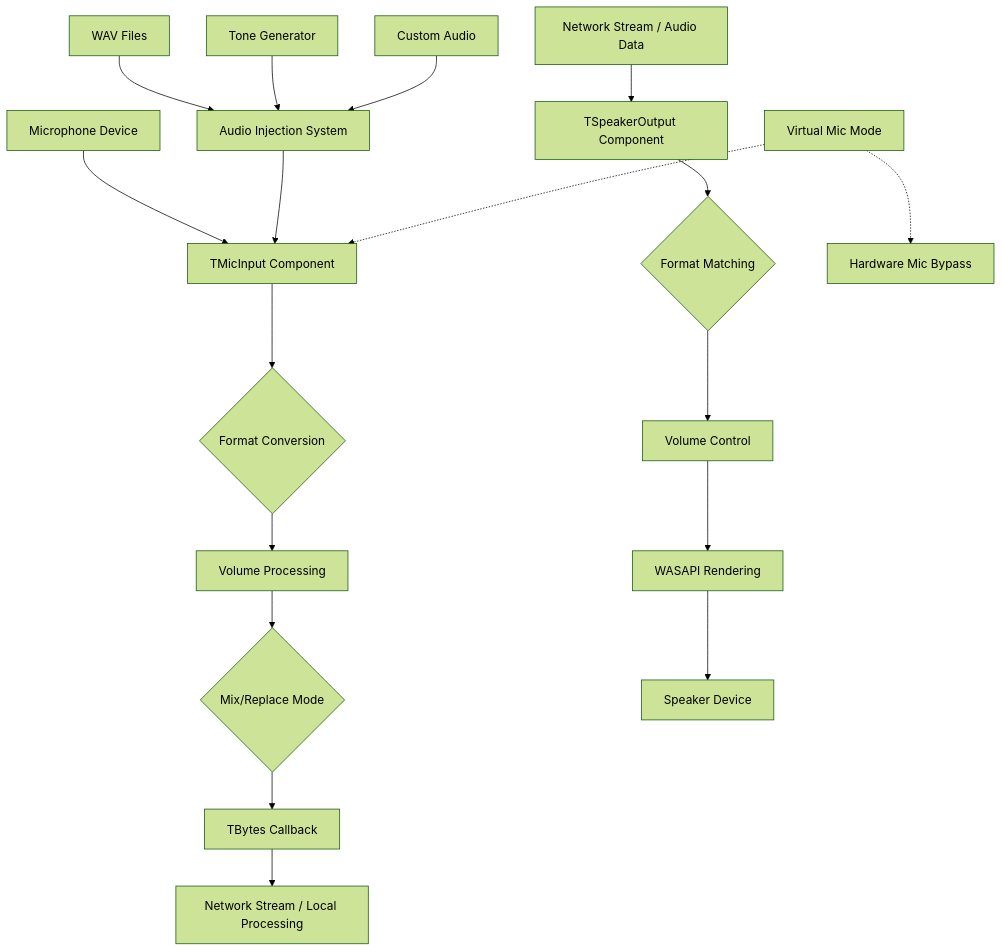
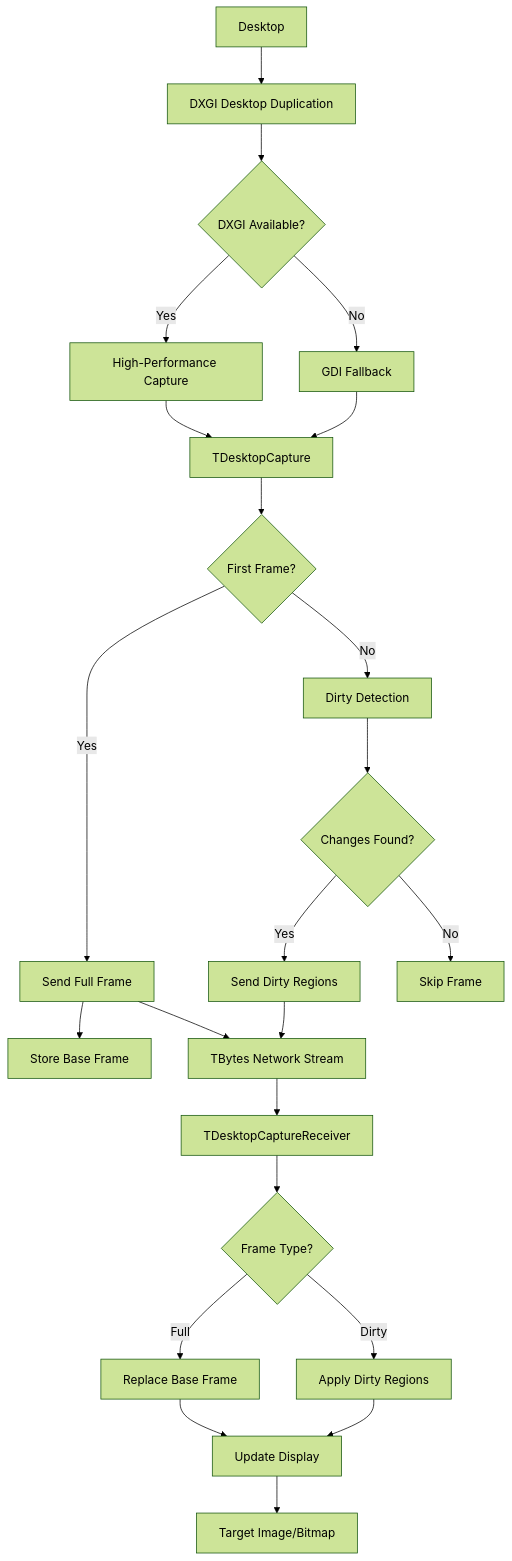
One commit to BitmasterXor/Delphi_Audio-Link_Components changed the diagram in README.md. Above: the diagram before and after it, drawn with Mermaid (forest theme). The commit also changed other lines of this file, not shown here.

````diff
--- a/README.md
+++ b/README.md
@@ -36,22 +35,25 @@
 ```mermaid
 graph TD
-    A[Microphone Device] --> B[TMicInput Component]
-    M[Audio Injection System] --> B
-    N[WAV Files] --> M
-    O[Tone Generator] --> M
-    P[Custom Audio] --> M
-    B --> C{Format Conversion}
-    C --> D[Volume Processing]
-    D --> Q{Mix/Replace Mode}
-    Q --> E[TBytes Callback]
-    E --> F[Network Stream / Local Processing]
-    
-    G[Network Stream / Audio Data] --> H[TSpeakerOutput Component]
-    H --> I{Format Matching}
-    I --> J[Volume Control]
-    J --> K[WASAPI Rendering]
-    K --> L[Speaker Device]
-    
-    R[Virtual Mic Mode] -.-> B
-    R -.-> S[Hardware Mic Bypass]
+    A[Desktop] --> B[DXGI Desktop Duplication]
+    B --> C{DXGI Available?}
+    C -->|Yes| D[High-Performance Capture]
+    C -->|No| E[GDI Fallback]
+    D --> F[TDesktopCapture]
+    E --> F
+    F --> G{First Frame?}
+    G -->|Yes| H[Send Full Frame]
+    G -->|No| I[Dirty Detection]
+    H --> J[Store Base Frame]
+    I --> K{Changes Found?}
+    K -->|Yes| L[Send Dirty Regions]
+    K -->|No| M[Skip Frame]
+    L --> N[TBytes Network Stream]
+    H --> N
+    N --> O[TDesktopCaptureReceiver]
+    O --> P{Frame Type?}
+    P -->|Full| Q[Replace Base Frame]
+    P -->|Dirty| R[Apply Dirty Regions]
+    Q --> S[Update Display]
+    R --> S
+    S --> T[Target Image/Bitmap]
 ```
````
